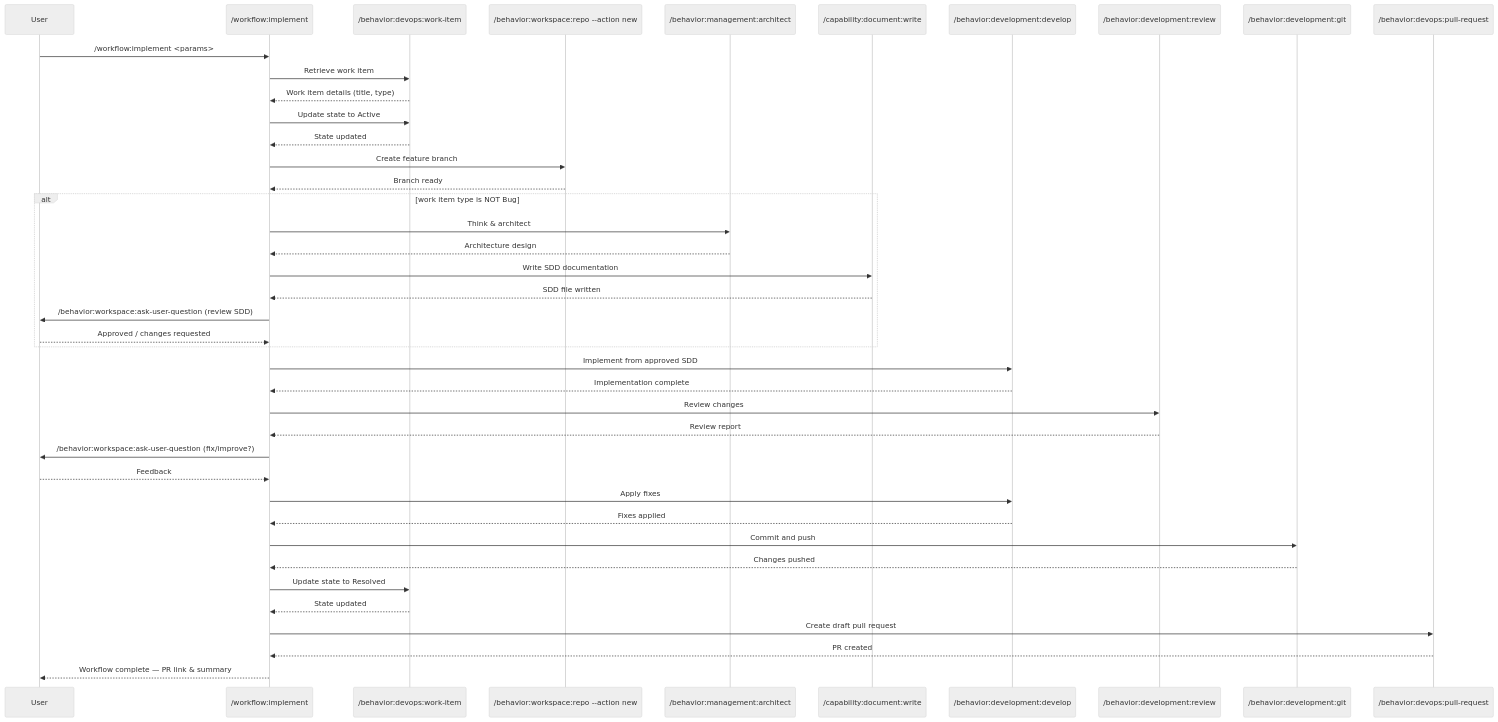
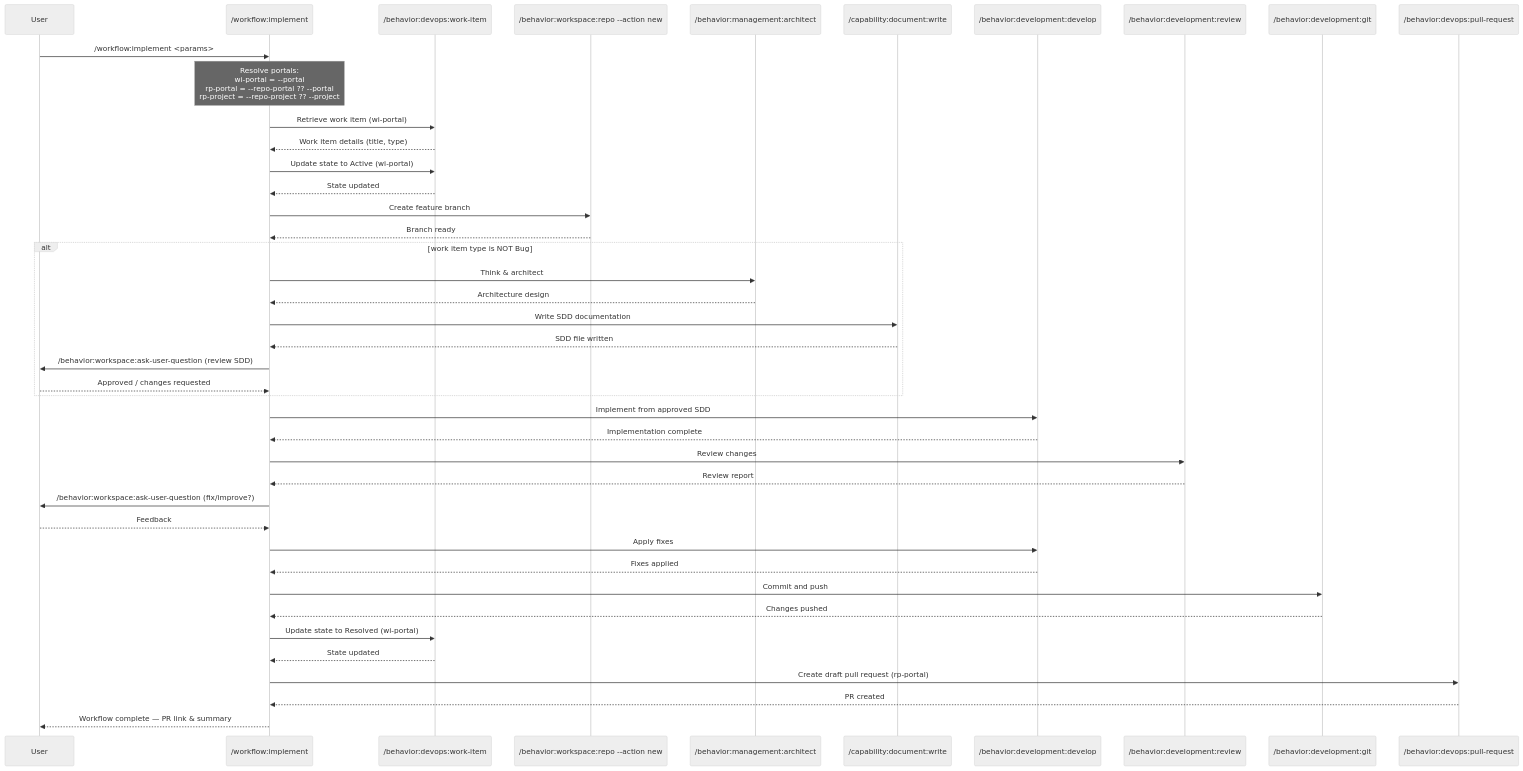
One commit to zzaia/zzaia-agentic-workspace changed the diagram in .claude/commands/workflow/implement.md. Above: the diagram before and after it, drawn with Mermaid (neutral theme). The commit also changed other lines of this file, not shown here.

First line of the commit message:
feat(workflow): add --repo-portal and --repo-project params to implement

````diff
--- a/.claude/commands/workflow/implement.md
+++ b/.claude/commands/workflow/implement.md
@@ -112,54 +128,56 @@
 ```mermaid
 sequenceDiagram
     participant U as User
     participant P as /workflow:implement
     participant WI as /behavior:devops:work-item
     participant WN as /behavior:workspace:repo --action new
     participant MA as /behavior:management:architect
     participant DW as /capability:document:write
     participant DD as /behavior:development:develop
     participant DR as /behavior:development:review
     participant DG as /behavior:development:git
     participant PR as /behavior:devops:pull-request
 
     U->>P: /workflow:implement <params>
 
-    P->>WI: Retrieve work item
+    note over P: Resolve portals:<br/>wi-portal = --portal<br/>rp-portal = --repo-portal ?? --portal<br/>rp-project = --repo-project ?? --project
+
+    P->>WI: Retrieve work item (wi-portal)
     WI-->>P: Work item details (title, type)
-    P->>WI: Update state to Active
+    P->>WI: Update state to Active (wi-portal)
     WI-->>P: State updated
 
     P->>WN: Create feature branch
     WN-->>P: Branch ready
 
     alt work item type is NOT Bug
         P->>MA: Think & architect
         MA-->>P: Architecture design
 
         P->>DW: Write SDD documentation
         DW-->>P: SDD file written
 
         P->>U: /behavior:workspace:ask-user-question (review SDD)
         U-->>P: Approved / changes requested
     end
 
     P->>DD: Implement from approved SDD
     DD-->>P: Implementation complete
 
     P->>DR: Review changes
     DR-->>P: Review report
     P->>U: /behavior:workspace:ask-user-question (fix/improve?)
     U-->>P: Feedback
     P->>DD: Apply fixes
     DD-->>P: Fixes applied
 
     P->>DG: Commit and push
     DG-->>P: Changes pushed
-    P->>WI: Update state to Resolved
+    P->>WI: Update state to Resolved (wi-portal)
     WI-->>P: State updated
 
-    P->>PR: Create draft pull request
+    P->>PR: Create draft pull request (rp-portal)
     PR-->>P: PR created
 
     P-->>U: Workflow complete — PR link & summary
 ```
````
